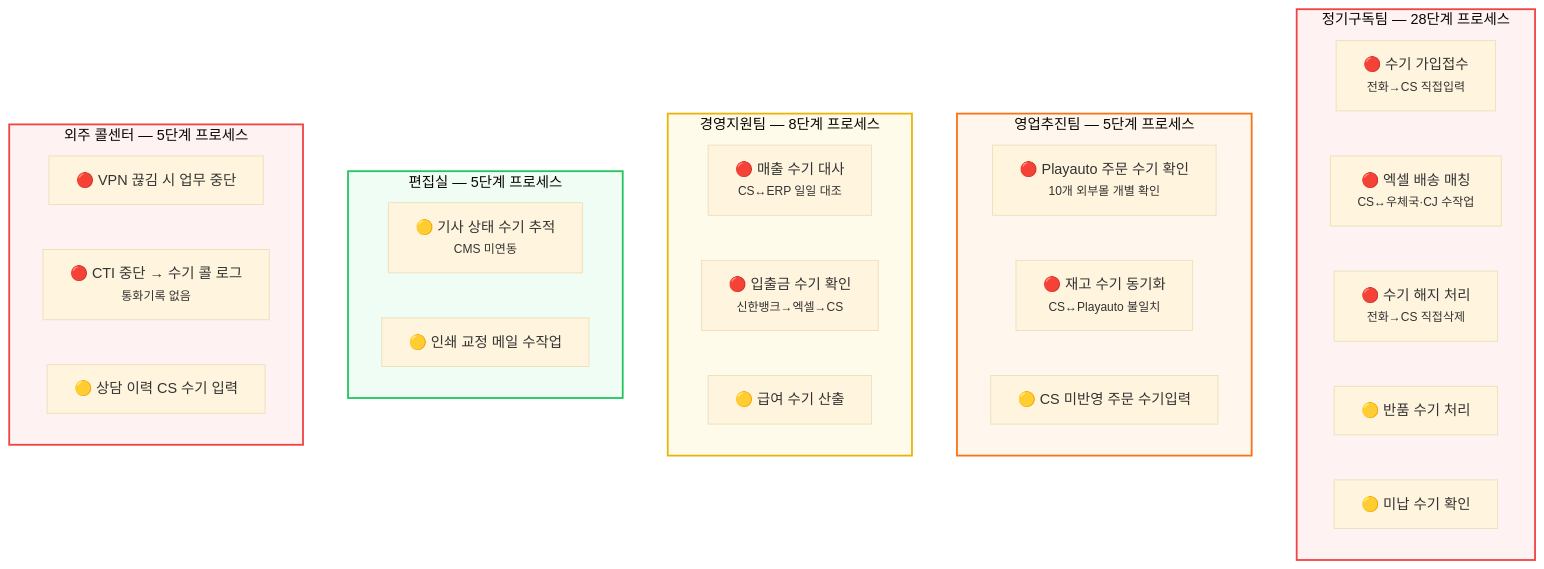
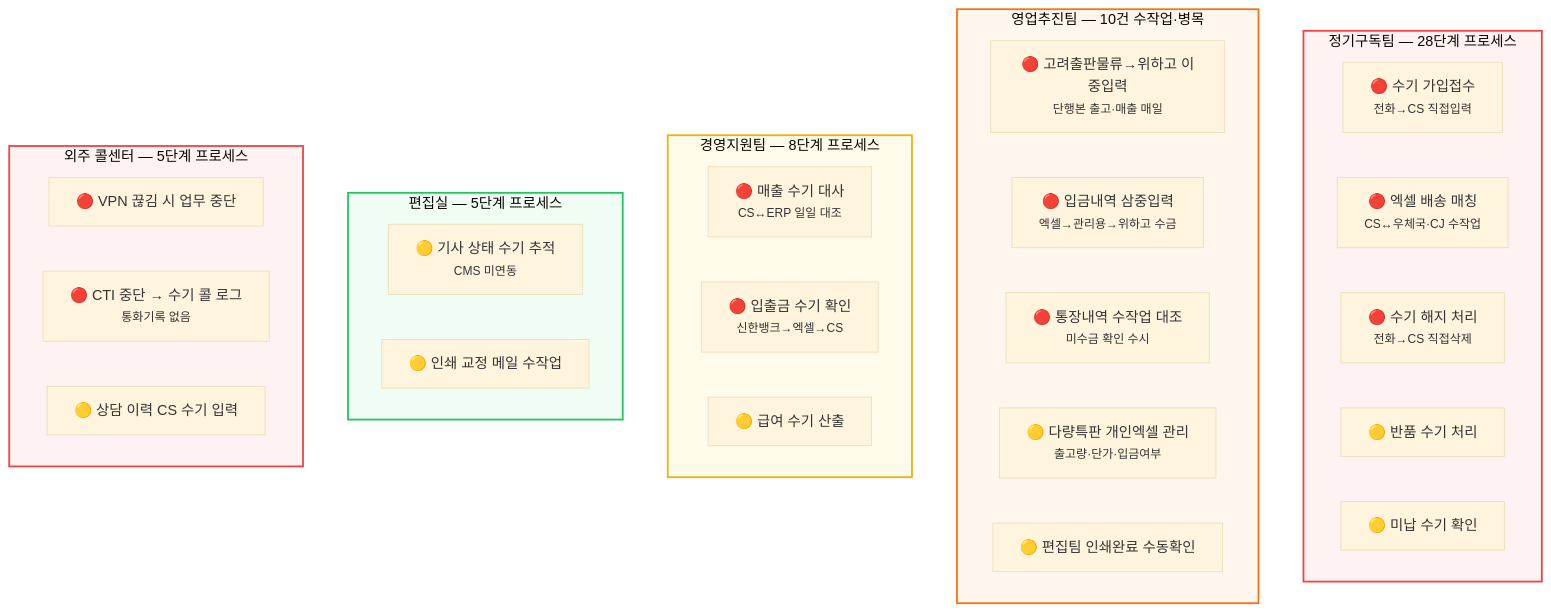
One commit to sknkwoxs/manual-book changed the third of 4 diagrams in src/content/docs/goodthinking-isp/02-analysis/entity-map.md. Above: the diagram before and after it, drawn with Mermaid (base theme). The commit also changed other lines of this file and 2 other files, not shown here.

First line of the commit message:
docs(goodthinking-isp): 영업추진팀 인터뷰 결과 반영 — 엔티티 관계도 보정 및 기능요건 6건 추가

````diff
--- a/src/content/docs/goodthinking-isp/02-analysis/entity-map.md
+++ b/src/content/docs/goodthinking-isp/02-analysis/entity-map.md
@@ -145,39 +150,41 @@
 ```mermaid
 flowchart TB
     subgraph SUB_TEAM["정기구독팀 — 28단계 프로세스"]
         S1["🔴 수기 가입접수<br/><small>전화→CS 직접입력</small>"]
         S2["🔴 엑셀 배송 매칭<br/><small>CS↔우체국·CJ 수작업</small>"]
         S3["🔴 수기 해지 처리<br/><small>전화→CS 직접삭제</small>"]
         S4["🟡 반품 수기 처리"]
         S5["🟡 미납 수기 확인"]
     end
 
-    subgraph SALES_TEAM["영업추진팀 — 5단계 프로세스"]
-        L1["🔴 Playauto 주문 수기 확인<br/><small>10개 외부몰 개별 확인</small>"]
-        L2["🔴 재고 수기 동기화<br/><small>CS↔Playauto 불일치</small>"]
-        L3["🟡 CS 미반영 주문 수기입력"]
+    subgraph SALES_TEAM["영업추진팀 — 10건 수작업·병목"]
+        L1["🔴 고려출판물류→위하고 이중입력<br/><small>단행본 출고·매출 매일</small>"]
+        L2["🔴 입금내역 삼중입력<br/><small>엑셀→관리용→위하고 수금</small>"]
+        L3["🔴 통장내역 수작업 대조<br/><small>미수금 확인 수시</small>"]
+        L4["🟡 다량특판 개인엑셀 관리<br/><small>출고량·단가·입금여부</small>"]
+        L5["🟡 편집팀 인쇄완료 수동확인"]
     end
 
     subgraph MGMT_TEAM["경영지원팀 — 8단계 프로세스"]
         M1["🔴 매출 수기 대사<br/><small>CS↔ERP 일일 대조</small>"]
         M2["🔴 입출금 수기 확인<br/><small>신한뱅크→엑셀→CS</small>"]
         M3["🟡 급여 수기 산출"]
     end
 
     subgraph EDIT_TEAM["편집실 — 5단계 프로세스"]
         E1["🟡 기사 상태 수기 추적<br/><small>CMS 미연동</small>"]
         E2["🟡 인쇄 교정 메일 수작업"]
     end
 
     subgraph CALL_TEAM["외주 콜센터 — 5단계 프로세스"]
         C1["🔴 VPN 끊김 시 업무 중단"]
         C2["🔴 CTI 중단 → 수기 콜 로그<br/><small>통화기록 없음</small>"]
         C3["🟡 상담 이력 CS 수기 입력"]
     end
 
     style SUB_TEAM fill:#fef2f2,stroke:#ef4444,stroke-width:2px
     style SALES_TEAM fill:#fff7ed,stroke:#f97316,stroke-width:2px
     style MGMT_TEAM fill:#fffbeb,stroke:#eab308,stroke-width:2px
     style EDIT_TEAM fill:#f0fdf4,stroke:#22c55e,stroke-width:2px
     style CALL_TEAM fill:#fef2f2,stroke:#ef4444,stroke-width:2px
 ```
````
